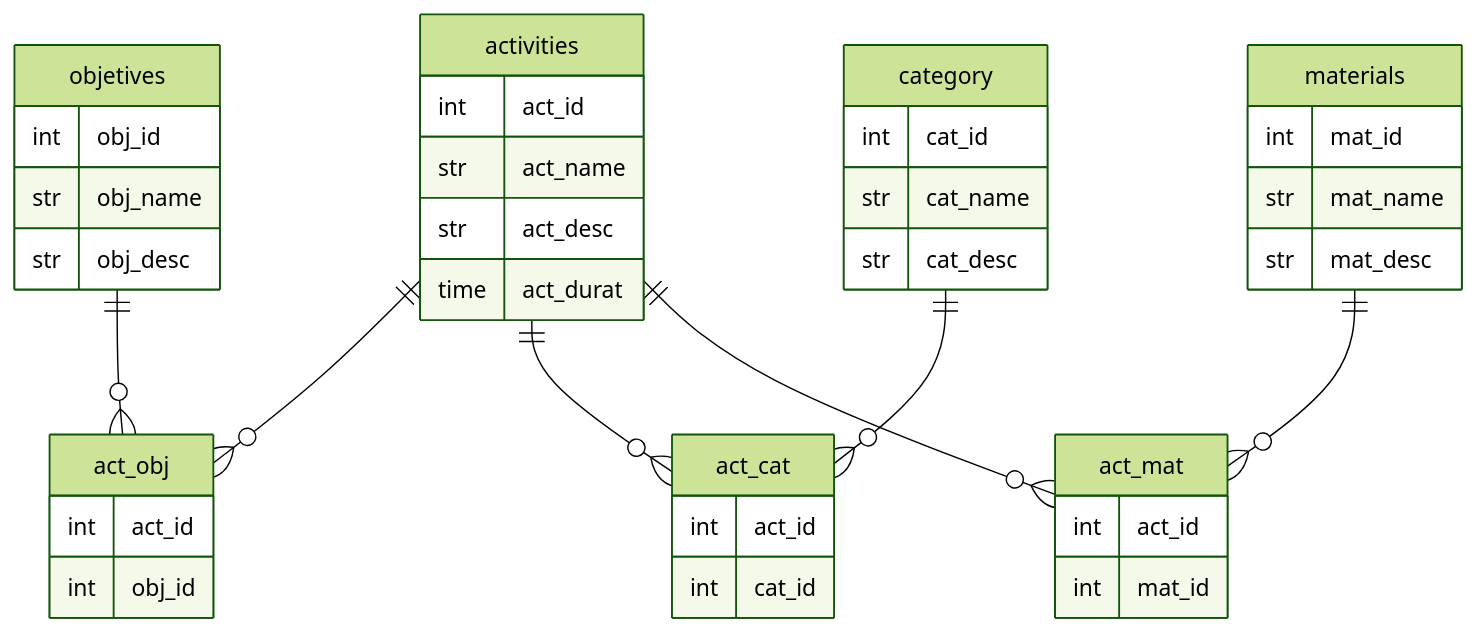
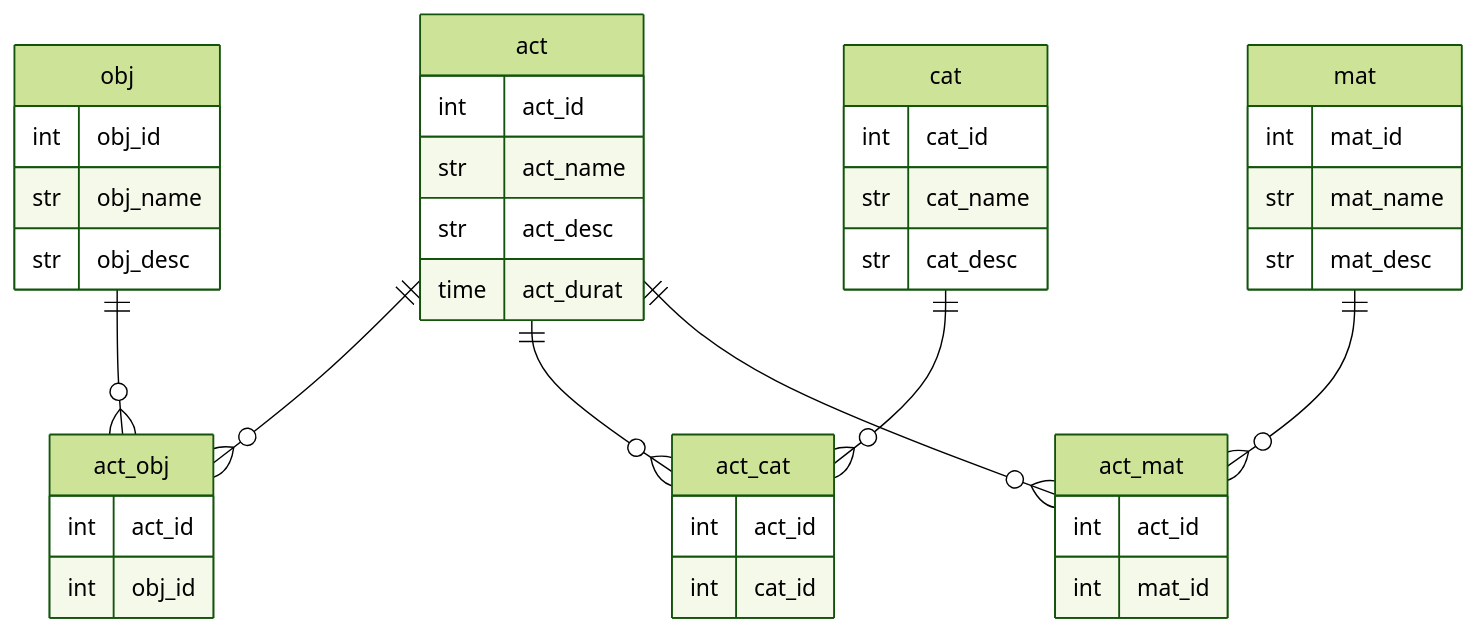
One commit to Covija97/badentracker changed the second of 3 diagrams in .md/2.db.md. Above: the diagram before and after it, drawn with Mermaid (forest theme). The commit also changed other lines of this file and 5 other files, not shown here.

````diff
--- a/.md/2.db.md
+++ b/.md/2.db.md
@@ -23,52 +23,52 @@
 ```mermaid
 erDiagram
     
-    activities {
+    act {
         int act_id
         str act_name
         str act_desc
         time act_durat
     }
 
-    objetives {
+    obj {
         int obj_id
         str obj_name
         str obj_desc    
     }
 
-    category {
+    cat {
         int cat_id
         str cat_name
         str cat_desc    
     }
 
-    materials {
+    mat {
         int mat_id
         str mat_name
         str mat_desc    
     }
 
     act_obj {
         int act_id
         int obj_id
     }
 
     act_cat {
         int act_id
         int cat_id
     }
 
     act_mat {
         int act_id
         int mat_id
     }
 
-    activities ||--o{ act_obj : ""
-    objetives ||--o{ act_obj : ""
+    act ||--o{ act_obj : ""
+    obj ||--o{ act_obj : ""
 
-    activities ||--o{ act_cat : ""
-    category   ||--o{ act_cat : ""
+    act ||--o{ act_cat : ""
+    cat   ||--o{ act_cat : ""
 
-    activities ||--o{ act_mat : ""
-    materials  ||--o{ act_mat : ""
+    act ||--o{ act_mat : ""
+    mat  ||--o{ act_mat : ""
 ```
````
